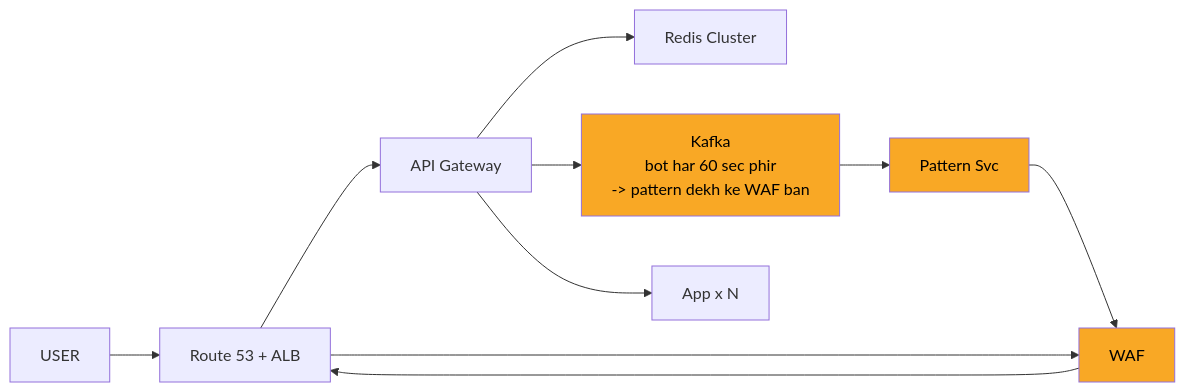
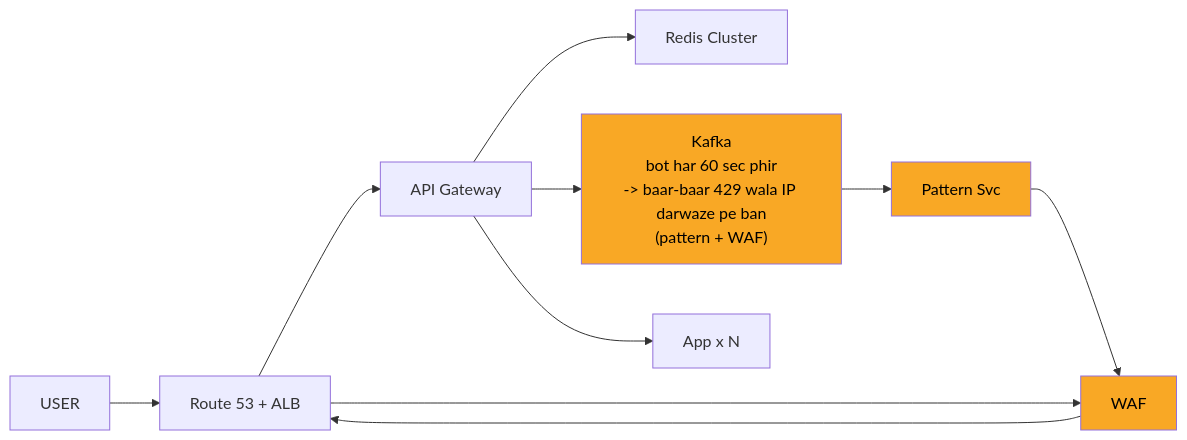
One commit to ArpanMaheshwari144/Prep changed the seventh of 11 diagrams in 04_HLD/SYSTEM_DESIGNS/02_rate_limiter/02_rate_limiter.md. Above: the diagram before and after it, drawn with Mermaid. The commit also changed other lines of this file and 13 other files, not shown here.

````diff
--- a/04_HLD/SYSTEM_DESIGNS/02_rate_limiter/02_rate_limiter.md
+++ b/04_HLD/SYSTEM_DESIGNS/02_rate_limiter/02_rate_limiter.md
@@ -281,23 +281,23 @@
 ```mermaid
 flowchart LR
     n_USER["USER"]
     n_EDGE["Route 53 + ALB"]
     n_API_Gateway["API Gateway"]
     n_Redis_Cluster["Redis Cluster"]
-    n_Kafka["Kafka<br/>bot har 60 sec phir<br/>-> pattern dekh ke WAF ban"]
+    n_Kafka["Kafka<br/>bot har 60 sec phir<br/>-> baar-baar 429 wala IP darwaze pe ban<br/>(pattern + WAF)"]
     n_Pattern_Svc["Pattern Svc"]
     n_WAF["WAF"]
     n_App_xN["App x N"]
     n_EDGE --> n_API_Gateway
     n_API_Gateway --> n_Redis_Cluster
     n_API_Gateway --> n_App_xN
     n_Kafka --> n_Pattern_Svc
     n_Pattern_Svc --> n_WAF
     n_API_Gateway --> n_Kafka
     n_USER --> n_EDGE
     n_EDGE --> n_WAF
     n_WAF --> n_EDGE
     style n_Kafka fill:#f9a825,color:#000
     style n_Pattern_Svc fill:#f9a825,color:#000
     style n_WAF fill:#f9a825,color:#000
 ```
````
